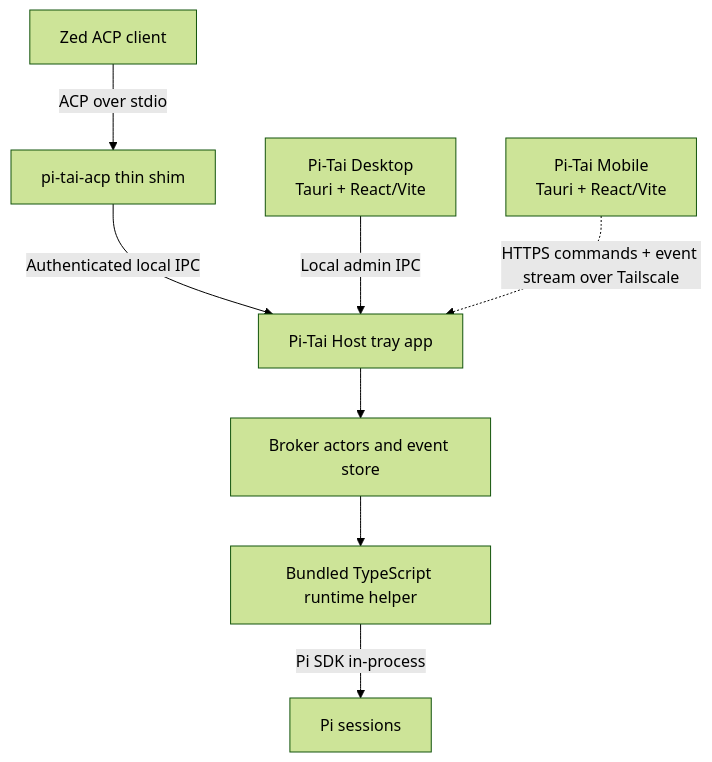
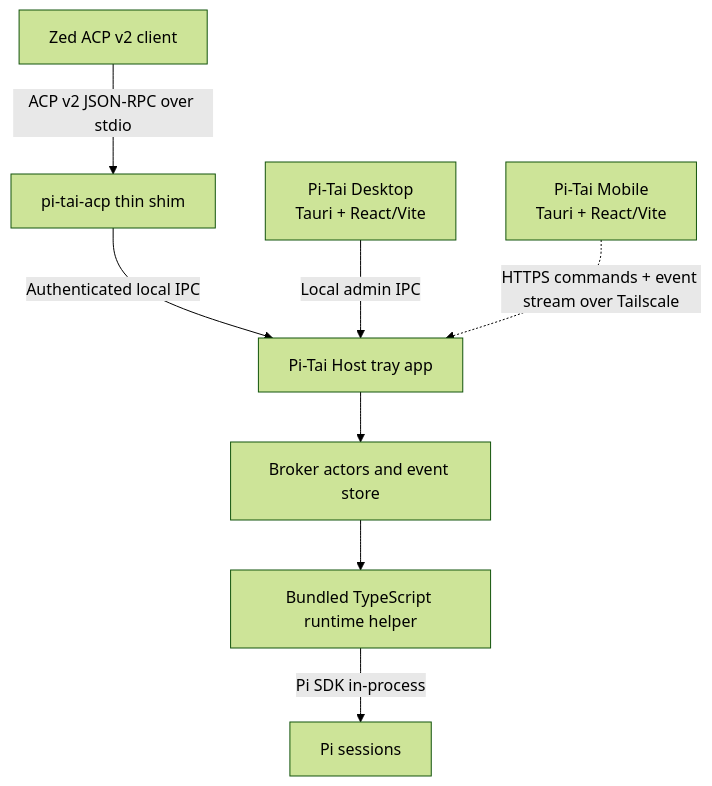
Before and after one commit to xavierchanth/pi-guardian: the diagram in docs/HOST_ARCHITECTURE.md, drawn with Mermaid (forest theme). The commit also changed other lines of this file and 6 other files, not shown here.

Commit message:
docs(acp): adopt ACP v2 draft architecture

````diff
--- a/docs/HOST_ARCHITECTURE.md
+++ b/docs/HOST_ARCHITECTURE.md
@@ -26,10 +26,10 @@
 ```mermaid
 flowchart TB
-    Z["Zed ACP client"] -->|"ACP over stdio"| S["pi-tai-acp thin shim"]
+    Z["Zed ACP v2 client"] -->|"ACP v2 JSON-RPC over stdio"| S["pi-tai-acp thin shim"]
     S -->|"Authenticated local IPC"| H["Pi-Tai Host tray app"]
     D["Pi-Tai Desktop\nTauri + React/Vite"] -->|"Local admin IPC"| H
     M["Pi-Tai Mobile\nTauri + React/Vite"] -.->|"HTTPS commands + event stream over Tailscale"| H
     H --> B["Broker actors and event store"]
     B --> R["Bundled TypeScript runtime helper"]
     R -->|"Pi SDK in-process"| P["Pi sessions"]
 ```
````
